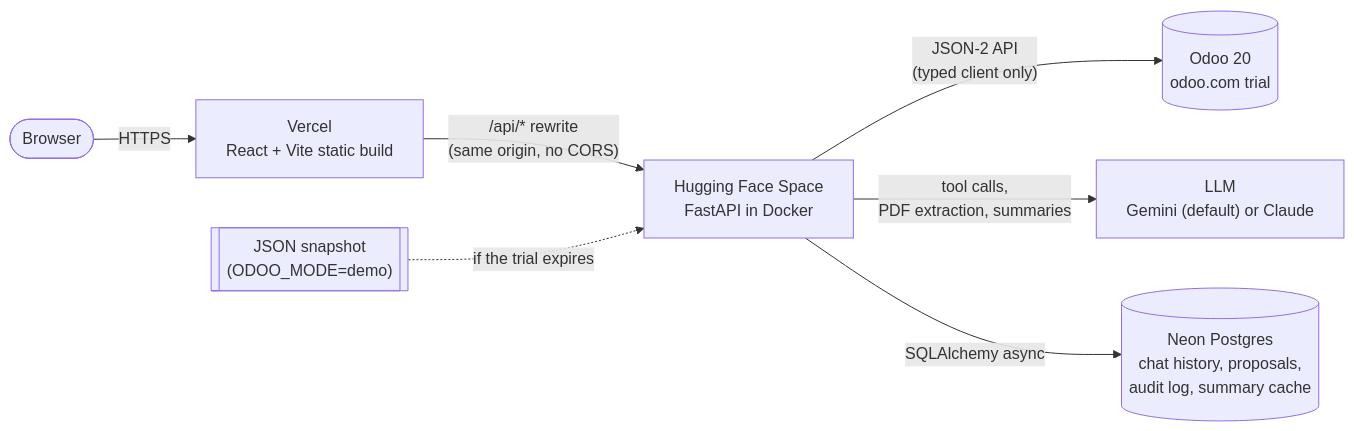
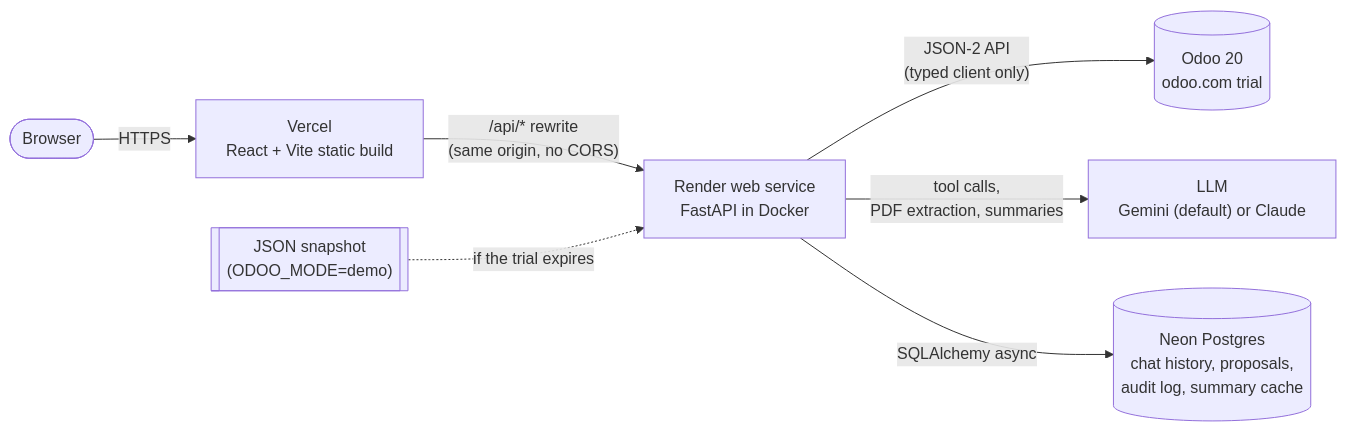
One commit to md9256/voltride-manufacturing-copilot changed the first of 2 diagrams in README.md. Above: the diagram before and after it, drawn with Mermaid. The commit also changed other lines of this file and 2 other files, not shown here.

First line of the commit message:
Deploy the back end on Render: blueprint, port-agnostic image

````diff
--- a/README.md
+++ b/README.md
@@ -35,9 +35,9 @@
 ```mermaid
 flowchart LR
     U([Browser]) -->|HTTPS| V["Vercel<br/>React + Vite static build"]
-    V -->|"/api/* rewrite<br/>(same origin, no CORS)"| H["Hugging Face Space<br/>FastAPI in Docker"]
+    V -->|"/api/* rewrite<br/>(same origin, no CORS)"| H["Render web service<br/>FastAPI in Docker"]
     H -->|"JSON-2 API<br/>(typed client only)"| O[("Odoo 20<br/>odoo.com trial")]
     H -->|"tool calls,<br/>PDF extraction, summaries"| L["LLM<br/>Gemini (default) or Claude"]
     H -->|"SQLAlchemy async"| N[("Neon Postgres<br/>chat history, proposals,<br/>audit log, summary cache")]
     S[["JSON snapshot<br/>(ODOO_MODE=demo)"]] -.->|"if the trial expires"| H
 ```
````
